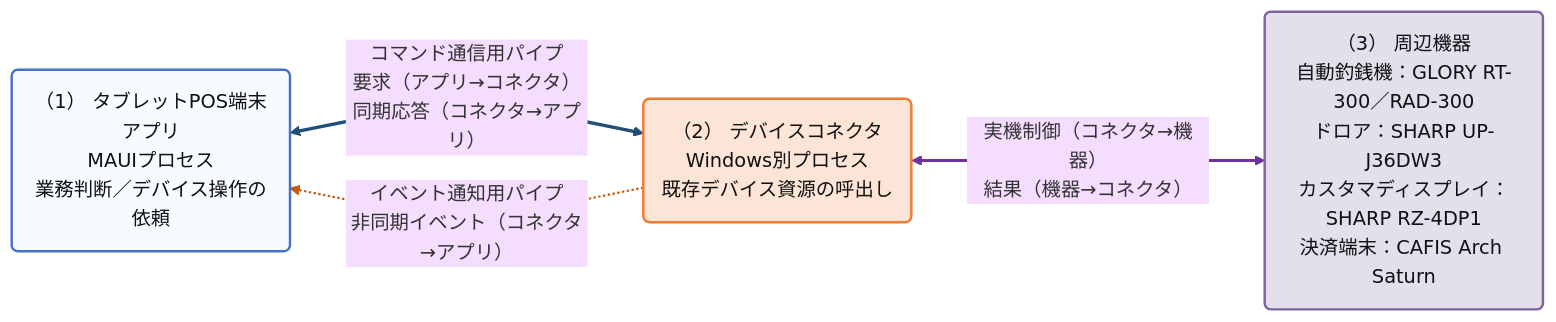
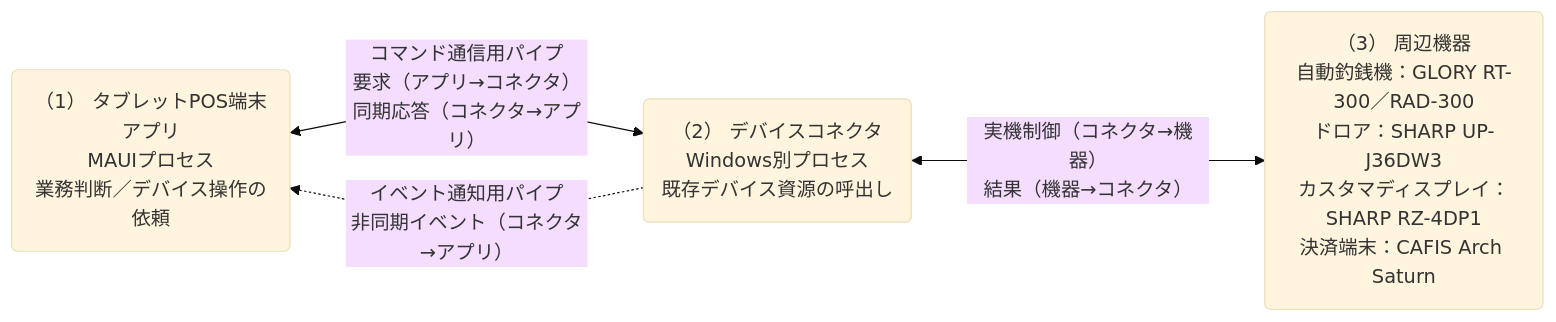
Before and after one commit to vti-sam/smj-ks-pos-stored: the first of 3 diagrams in artifacts/reports/architecture/ARCH-HOST-01_タブレットPOS_デバイスコネクタ基本設計書/ARCH-HOST-01_タブレットPOS_デバイスコネクタ基本設計書.md, drawn with Mermaid (base theme). The commit also changed other lines of this file and 58 other files, not shown here.

````diff
--- a/artifacts/reports/architecture/ARCH-HOST-01_タブレットPOS_デバイスコネクタ基本設計書/ARCH-HOST-01_タブレットPOS_デバイスコネクタ基本設計書.md
+++ b/artifacts/reports/architecture/ARCH-HOST-01_タブレットPOS_デバイスコネクタ基本設計書/ARCH-HOST-01_タブレットPOS_デバイスコネクタ基本設計書.md
@@ -231,20 +235,22 @@
 ```mermaid
 %%{init: {"flowchart": {"defaultRenderer": "dagre", "curve": "linear", "nodeSpacing": 54, "rankSpacing": 92}}}%%
 flowchart LR
+    %% legend-bind class.app=（1）タブレットPOS端末アプリ
+    %% legend-bind class.host=（2）デバイスコネクタ
+    %% legend-bind class.device=（3）周辺機器
+    %% legend-bind edge.default=◀━━▶ コマンド通信
+    %% legend-bind edge.1=┄┄▶ 非同期イベント
+    %% legend-bind edge.2=◀━━▶ 実機制御
+    %% legend-bind label=コネクターラベル
     APP("（1） タブレットPOS端末アプリ<br/>MAUIプロセス<br/>業務判断／デバイス操作の依頼")
     HOST("（2） デバイスコネクタ<br/>Windows別プロセス<br/>既存デバイス資源の呼出し")
     DEVICE("（3） 周辺機器<br/>自動釣銭機：GLORY RT-300／RAD-300<br/>ドロア：SHARP UP-J36DW3<br/>カスタマディスプレイ：SHARP RZ-4DP1<br/>決済端末：CAFIS Arch Saturn")
 
     APP <-->|コマンド通信用パイプ<br/>要求（アプリ→コネクタ）<br/>同期応答（コネクタ→アプリ）| HOST
     HOST -.->|イベント通知用パイプ<br/>非同期イベント（コネクタ→アプリ）| APP
     HOST <-->|実機制御（コネクタ→機器）<br/>結果（機器→コネクタ）| DEVICE
 
-    classDef area fill:#F8FBFD,stroke:#0D32B2,stroke-width:2px,color:#111111
-    class APP,HOST,DEVICE area
-    style APP fill:#F7FBFF,stroke:#4472C4
-    style HOST fill:#FCE4D6,stroke:#ED7D31
-    style DEVICE fill:#E4DFEC,stroke:#8064A2
-    linkStyle 0 stroke:#1F4E79,stroke-width:2.8px
-    linkStyle 1 stroke:#C65911,stroke-width:1.8px
-    linkStyle 2 stroke:#7030A0,stroke-width:2.4px
+    class APP app
+    class HOST host
+    class DEVICE device
 ```
````
